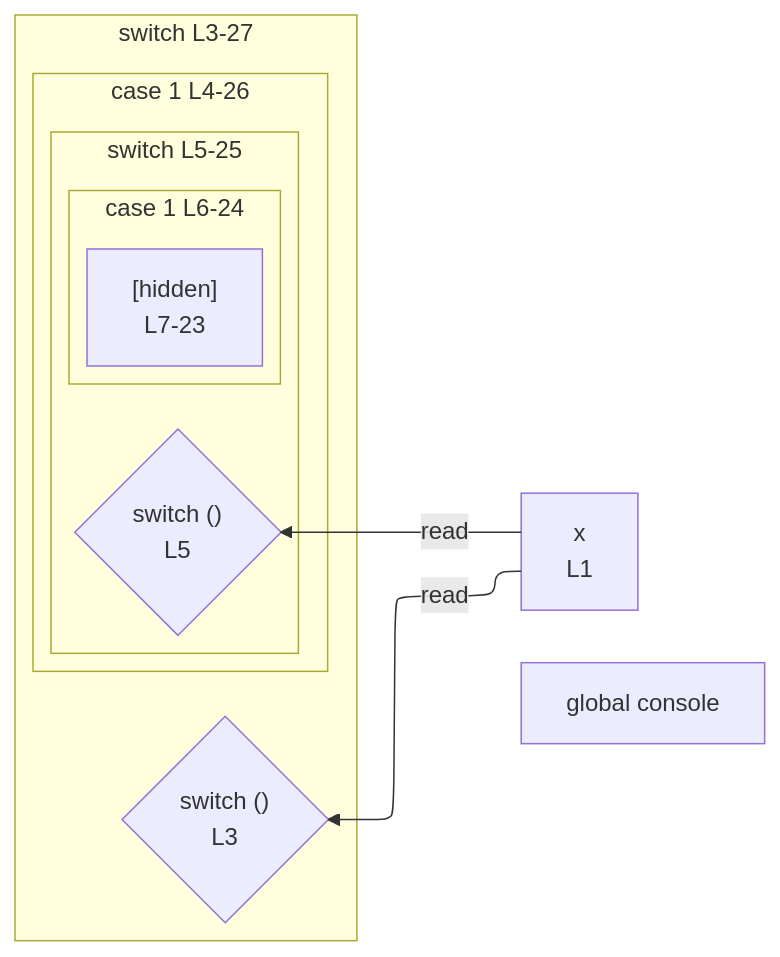
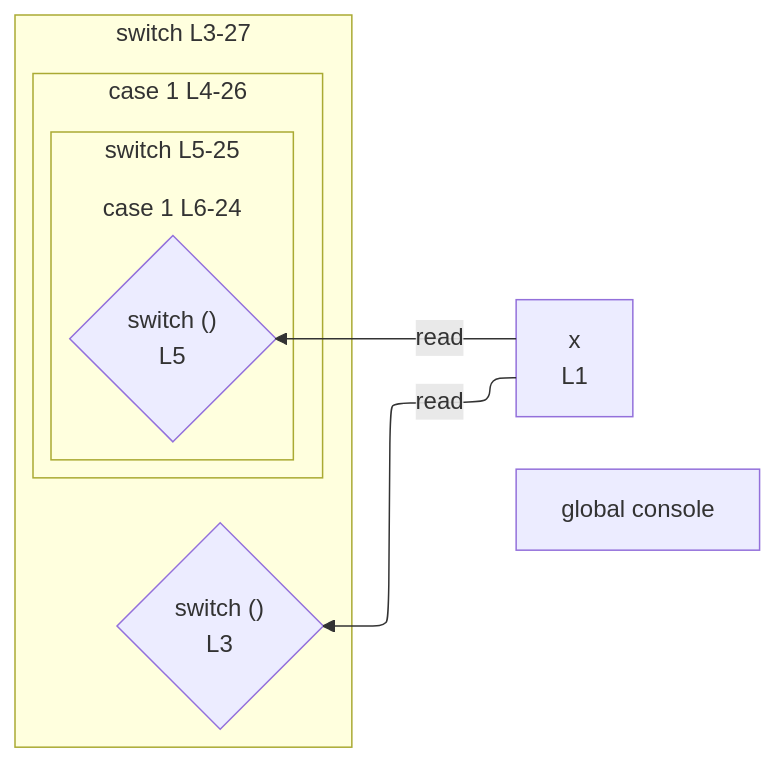
Before and after one commit to crescware/unsnarl: the diagram in integration/fixtures/app-behavior/depth/switch/depth-2/preview.md, drawn with Mermaid. The commit also changed 96 other files, not shown here.

````diff
--- a/integration/fixtures/app-behavior/depth/switch/depth-2/preview.md
+++ b/integration/fixtures/app-behavior/depth/switch/depth-2/preview.md
@@ -37,23 +37,22 @@
 ```mermaid
 %%{init: {"flowchart": {"defaultRenderer": "elk"}}}%%
 flowchart RL
   n_scope_0_x_6["x<br/>L1"]
   n_scope_0_console_296["global console"]
   subgraph s_scope_1["switch L3-27"]
     direction RL
     switch_discriminant_scope_0_14{"switch ()<br/>L3"}
     subgraph s_scope_2["case 1 L4-26"]
       direction RL
       subgraph s_scope_3["switch L5-25"]
         direction RL
         switch_discriminant_scope_2_41{"switch ()<br/>L5"}
         subgraph s_scope_4["case 1 L6-24"]
           direction RL
-          collapsed_scope_5["[hidden]<br/>L7-23"]
         end
       end
     end
   end
   n_scope_0_x_6 -->|read| switch_discriminant_scope_0_14
   n_scope_0_x_6 -->|read| switch_discriminant_scope_2_41
 ```
````
